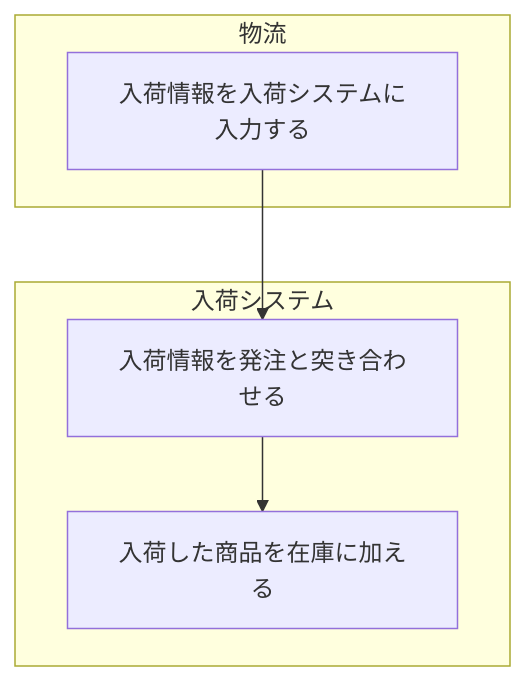
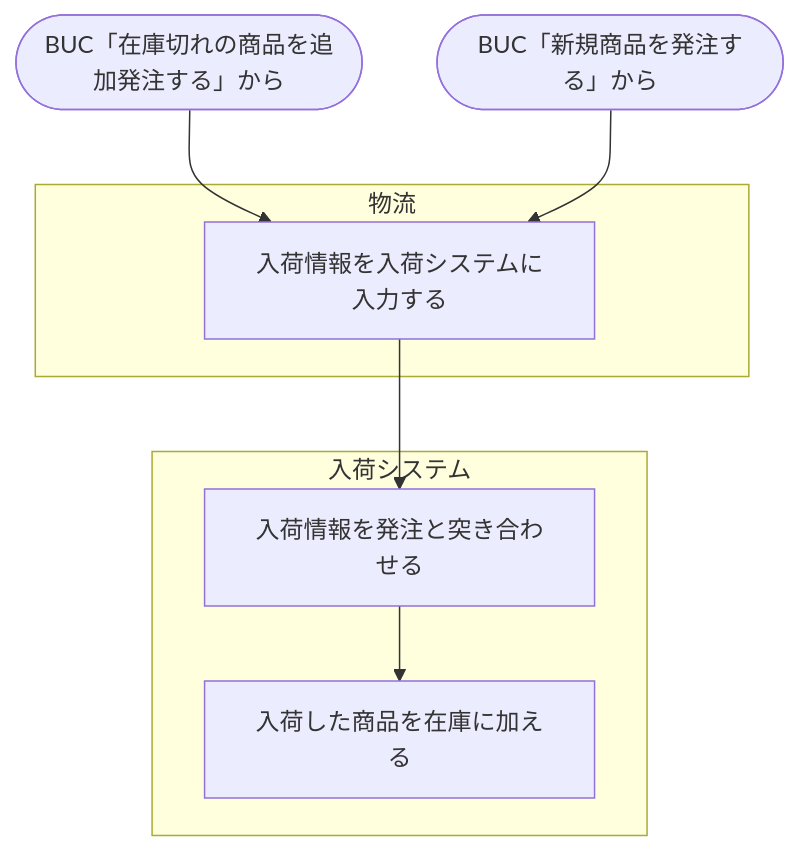
Diagram 24 of 37 in docs/rdra/diagrams.md (Nke0628/rdra-webapp), drawn with Mermaid before and after one commit. The commit also changed other lines of this file and 10 other files, not shown here.

First line of the commit message:
rdra: BUCの表に先・次の列を足し、業務フロー図を描く(追加質問 1件)

````diff
--- a/docs/rdra/diagrams.md
+++ b/docs/rdra/diagrams.md
@@ -386,13 +580,15 @@
 ```mermaid
 flowchart TB
   subgraph l1["物流"]
     act2["入荷情報を入荷システムに入力する"]
   end
   subgraph l3["入荷システム"]
     act4["入荷情報を発注と突き合わせる"]
     act5["入荷した商品を在庫に加える"]
   end
+  from6(["BUC「在庫切れの商品を追加発注する」から"]) --> act2
+  from7(["BUC「新規商品を発注する」から"]) --> act2
   act2 --> act4
   act4 --> act5
   classDef hyp stroke-dasharray:5 5,stroke:#d97706,color:#92400e
 ```
````
